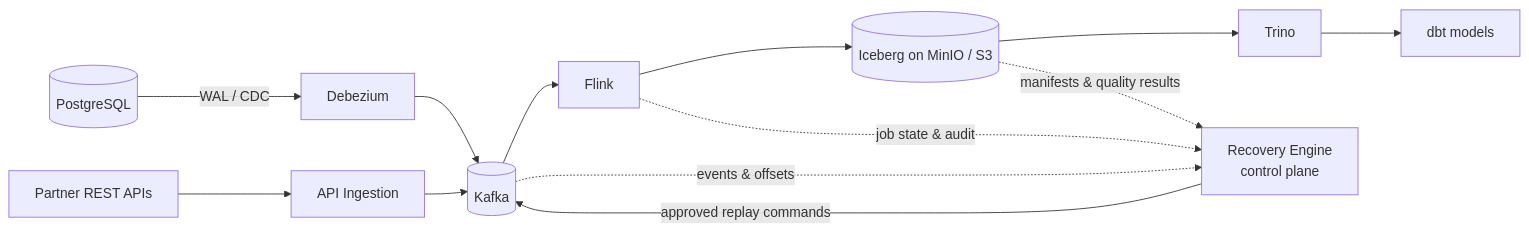
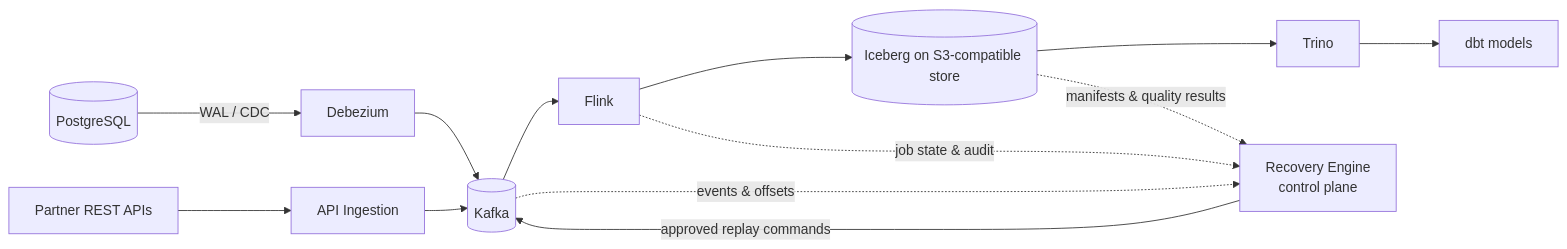
One commit to AndrewLhn/aether-data-platform changed the diagram in README.md. Above: the diagram before and after it, drawn with Mermaid. The commit also changed other lines of this file and 1 other file, not shown here.

````diff
--- a/README.md
+++ b/README.md
@@ -24,15 +24,15 @@
 ```mermaid
 flowchart LR
     PG[(PostgreSQL)] -->|WAL / CDC| DBZ[Debezium]
     API[Partner REST APIs] --> ING[API Ingestion]
     DBZ --> K[(Kafka)]
     ING --> K
     K --> FL[Flink]
-    FL --> IC[(Iceberg on MinIO / S3)]
+    FL --> IC[(Iceberg on S3-compatible store)]
     IC --> TR[Trino]
     TR --> DBT[dbt models]
     K -. events & offsets .-> RE[Recovery Engine<br/>control plane]
     FL -. job state & audit .-> RE
     IC -. manifests & quality results .-> RE
     RE -->|approved replay commands| K
 ```
````
